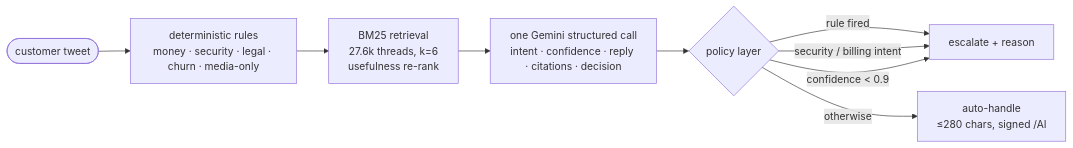
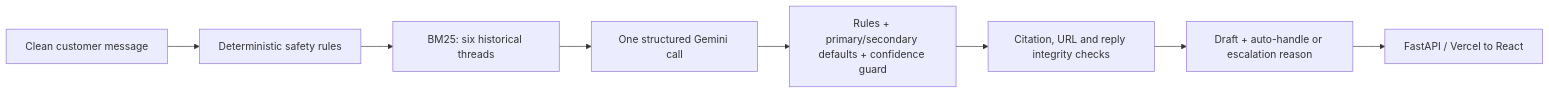
Before and after one commit to GODOSTROYER/cadence: the diagram in README.md, drawn with Mermaid. The commit also changed other lines of this file and 25 other files, not shown here.

````diff
--- a/README.md
+++ b/README.md
@@ -47,11 +30,10 @@
 ```mermaid
 flowchart LR
-    T([customer tweet]) --> R[deterministic rules<br/>money · security · legal · churn · media-only]
-    R --> B[BM25 retrieval<br/>27.6k threads, k=6<br/>usefulness re-rank]
-    B --> G[one Gemini structured call<br/>intent · confidence · reply · citations · decision]
-    G --> P{policy layer}
-    P -->|rule fired| E[escalate + reason]
-    P -->|security / billing intent| E
-    P -->|confidence < 0.9| E
-    P -->|otherwise| A[auto-handle<br/>≤280 chars, signed /AI]
+    T[Clean customer message] --> R[Deterministic safety rules]
+    R --> B[BM25: six historical threads]
+    B --> G[One structured Gemini call]
+    G --> P[Rules + primary/secondary defaults + confidence guard]
+    P --> I[Citation, URL and reply integrity checks]
+    I --> A[Draft + auto-handle or escalation reason]
+    A --> U[FastAPI / Vercel to React]
 ```
````
